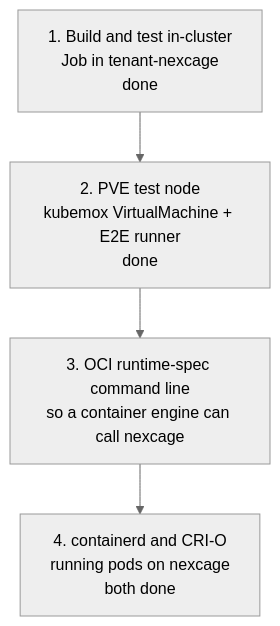
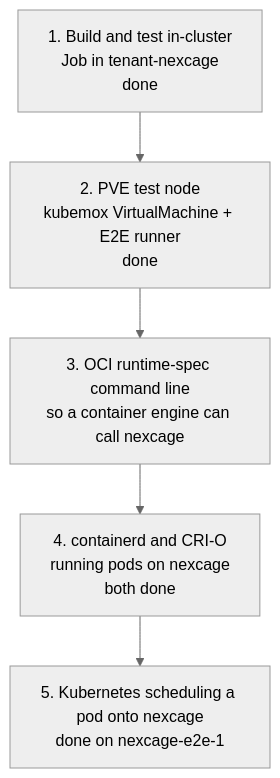
One commit to CageForge/nexcage changed the diagram in docs/KUBERNETES_INTEGRATION.md. Above: the diagram before and after it, drawn with Mermaid (neutral theme). The commit also changed other lines of this file and 2 other files, not shown here.

First line of the commit message:
test: Kubernetes schedules a pod onto nexcage, on a node

````diff
--- a/docs/KUBERNETES_INTEGRATION.md
+++ b/docs/KUBERNETES_INTEGRATION.md
@@ -57,6 +57,7 @@
 ```mermaid
 flowchart TD
   S1["1. Build and test in-cluster<br/>Job in tenant-nexcage<br/>done"] --> S2["2. PVE test node<br/>kubemox VirtualMachine + E2E runner<br/>done"]
   S2 --> S3["3. OCI runtime-spec command line<br/>so a container engine can call nexcage"]
   S3 --> S4["4. containerd and CRI-O<br/>running pods on nexcage<br/>both done"]
+  S4 --> S5["5. Kubernetes scheduling a pod onto nexcage<br/>done on nexcage-e2e-1"]
 ```
````
